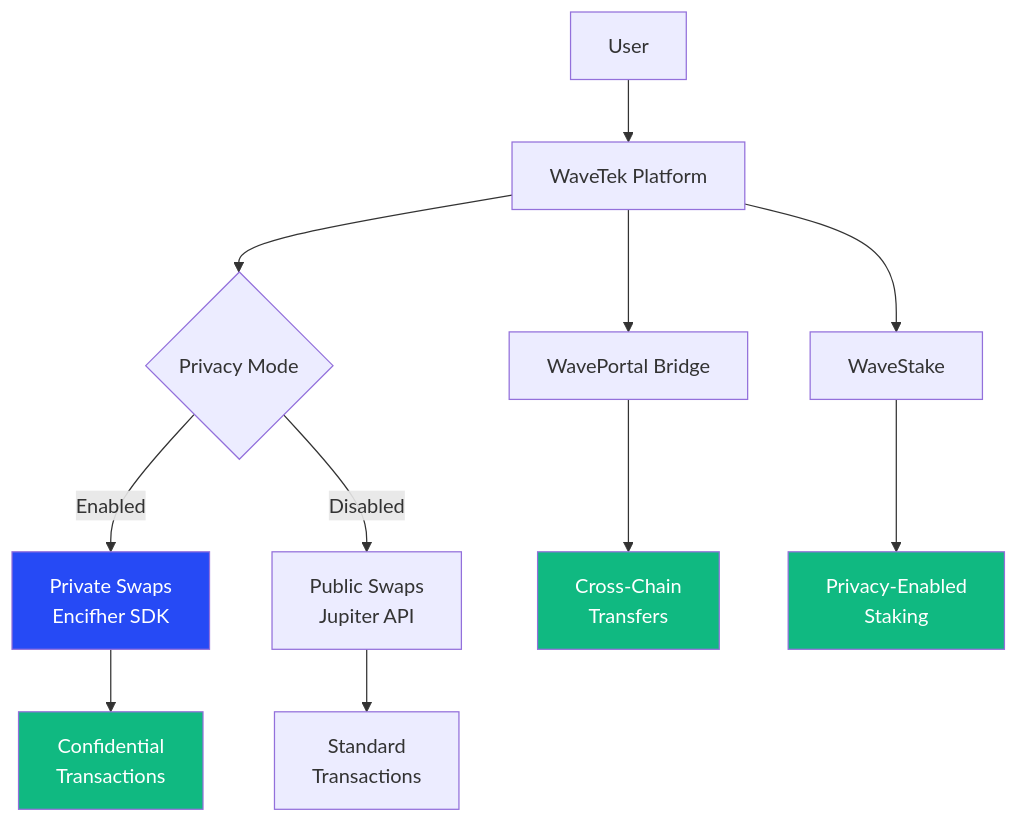
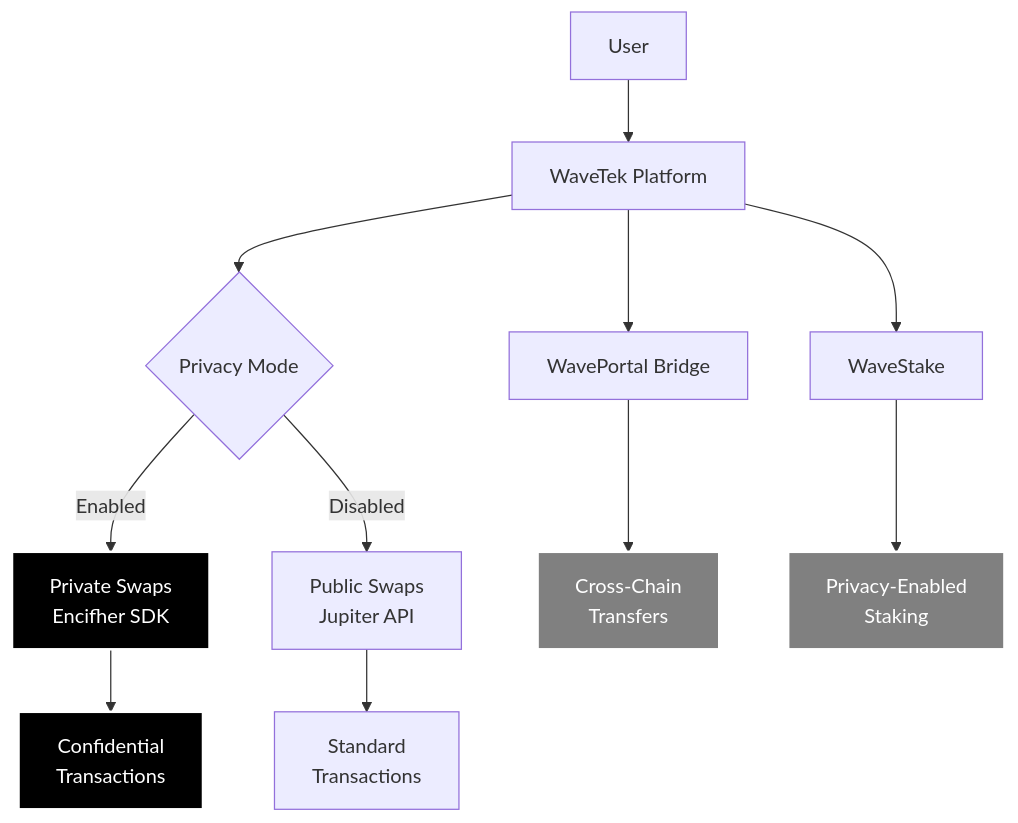
One commit to WaveTek-co/WaveSwap changed the first of 9 diagrams in WHAT.md. Above: the diagram before and after it, drawn with Mermaid. The commit also changed other lines of this file and 56 other files, not shown here.

````diff
--- a/WHAT.md
+++ b/WHAT.md
@@ -9,18 +9,20 @@
 ```mermaid
 graph TB
     A[User] --> B[WaveTek Platform]
     B --> C{Privacy Mode}
     C -->|Enabled| D[Private Swaps<br/>Encifher SDK]
     C -->|Disabled| E[Public Swaps<br/>Jupiter API]
     D --> F[Confidential<br/>Transactions]
     E --> G[Standard<br/>Transactions]
     B --> H[WavePortal Bridge]
     B --> I[WaveStake]
     H --> J[Cross-Chain<br/>Transfers]
     I --> K[Privacy-Enabled<br/>Staking]
 
-    style D fill:#264af5,color:#fff
-    style F fill:#10b981,color:#fff
-    style J fill:#10b981,color:#fff
-    style K fill:#10b981,color:#fff
+    classDef orcaPrimary fill:#000000,color:#ffffff,stroke:#ffffff,stroke-width:2px
+    classDef orcaSecondary fill:#ffffff,color:#000000,stroke:#000000,stroke-width:2px
+    classDef orcaSuccess fill:#808080,color:#ffffff,stroke:#ffffff,stroke-width:2px
+
+    class D,F orcaPrimary
+    class J,K orcaSuccess
 ```
````
